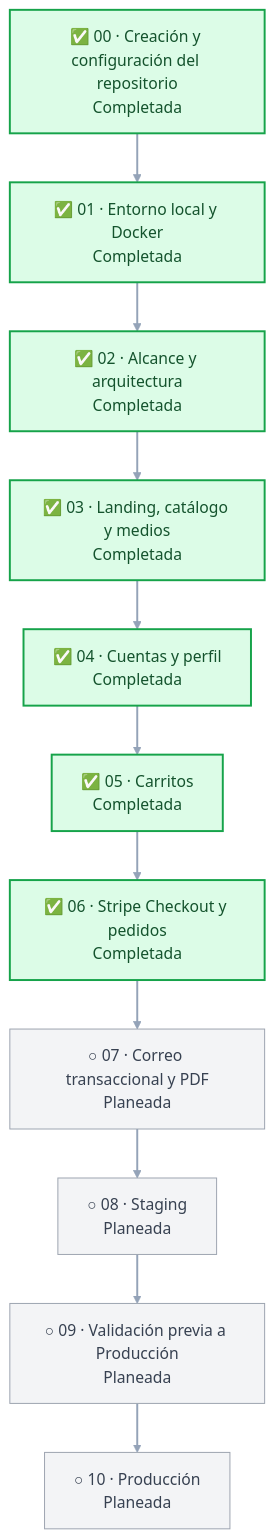
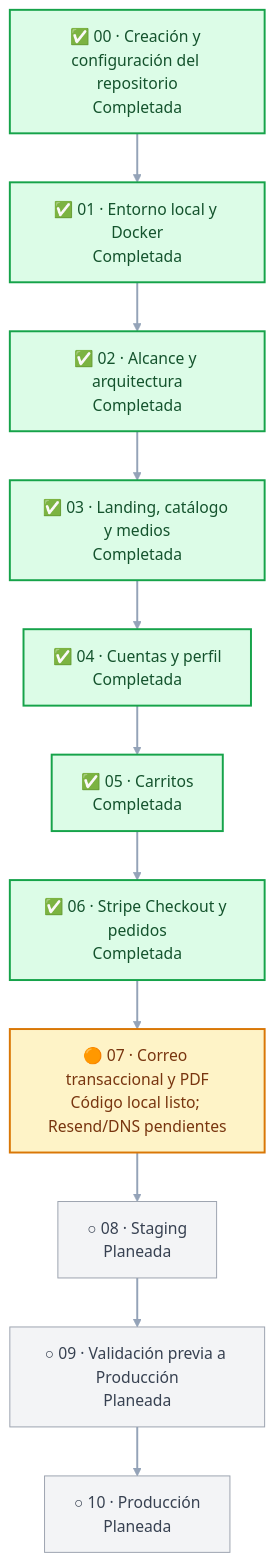
Before and after one commit to sadamlg/sr_del_mictlan: the diagram in docs/ROADMAP.md, drawn with Mermaid. The commit also changed other lines of this file and 27 other files, not shown here.

````diff
--- a/docs/ROADMAP.md
+++ b/docs/ROADMAP.md
@@ -23,23 +23,24 @@
 ```mermaid
 flowchart TB
     p00["✅ 00 · Creación y configuración del repositorio<br/>Completada"] --> p01
     p01["✅ 01 · Entorno local y Docker<br/>Completada"] --> p02["✅ 02 · Alcance y arquitectura<br/>Completada"]
     p02 --> p03["✅ 03 · Landing, catálogo y medios<br/>Completada"]
     p03 --> p04["✅ 04 · Cuentas y perfil<br/>Completada"]
     p04 --> p05["✅ 05 · Carritos<br/>Completada"]
     p05 --> p06["✅ 06 · Stripe Checkout y pedidos<br/>Completada"]
-    p06 --> p07["○ 07 · Correo transaccional y PDF<br/>Planeada"]
+    p06 --> p07["🟠 07 · Correo transaccional y PDF<br/>Código local listo; Resend/DNS pendientes"]
     p07 --> p08["○ 08 · Staging<br/>Planeada"]
     p08 --> p09["○ 09 · Validación previa a Producción<br/>Planeada"]
     p09 --> p10["○ 10 · Producción<br/>Planeada"]
 
     classDef completed fill:#dcfce7,stroke:#16a34a,color:#14532d,stroke-width:2px;
     classDef active fill:#fef3c7,stroke:#d97706,color:#78350f,stroke-width:2px;
     classDef restart fill:#ede9fe,stroke:#7c3aed,color:#4c1d95,stroke-width:2px;
     classDef planned fill:#f3f4f6,stroke:#9ca3af,color:#374151;
 
     class p00,p01,p02,p03,p04,p05,p06 completed;
-    class p07,p08,p09,p10 planned;
+    class p07 active;
+    class p08,p09,p10 planned;
 
     linkStyle default stroke:#94a3b8,stroke-width:2px;
 ```
````
